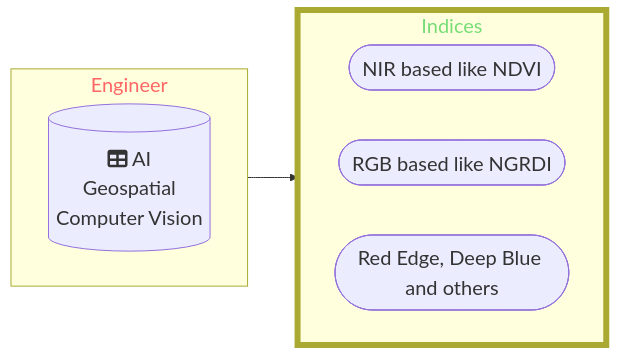
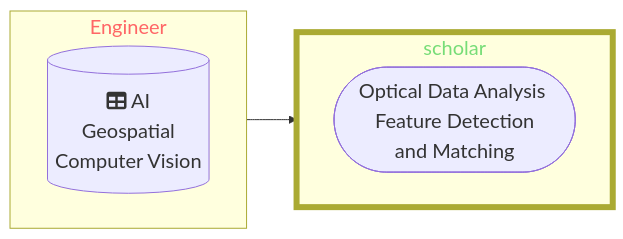
Before and after one commit to DippoldEJ/DippoldEJ: the diagram in README.md, drawn with Mermaid.

````diff
--- a/README.md
+++ b/README.md
@@ -3,27 +3,26 @@
 ```mermaid
 flowchart LR;
 %%{init: {
 	'themeVariables': { 'fontSize': '20px', 'fontFamily': 'Didot'}
 	}
 }%%
 
  subgraph n[Engineer]
         direction LR
         b[(fa:fa-table AI <br> Geospatial <br> Computer Vision)]
     end
 
-subgraph o[Indices]
+subgraph o[scholar]
         direction LR
-        j([NIR based like NDVI])
-        c([RGB based like NGRDI])
-        m([Red Edge, Deep Blue and others])
+        j([Optical Data Analysis <br> Feature Detection and Matching])
+
     end
  
 
 style n color:#f66
 style o stroke-width:6px
 style o color:#77DD77
 
 n-->o
 
 ```
````
